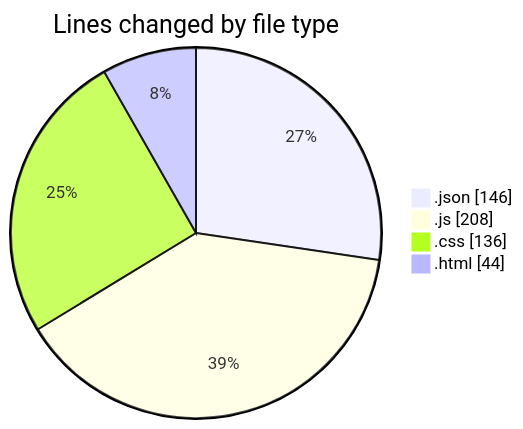
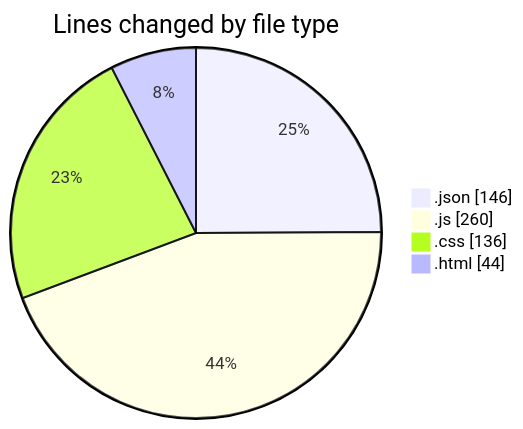
The first of 2 diagrams in 2025-03-13/ai_agent/README.md (donsfak/code-tracking), drawn with Mermaid before and after one commit. The commit also changed other lines of this file and 1 other file, not shown here.

````diff
--- a/2025-03-13/ai_agent/README.md
+++ b/2025-03-13/ai_agent/README.md
@@ -26,8 +26,8 @@
 ```mermaid
 pie showData
 title Lines changed by file type
 ".json" : 146
-".js" : 208
+".js" : 260
 ".css" : 136
 ".html" : 44
 ```
````
